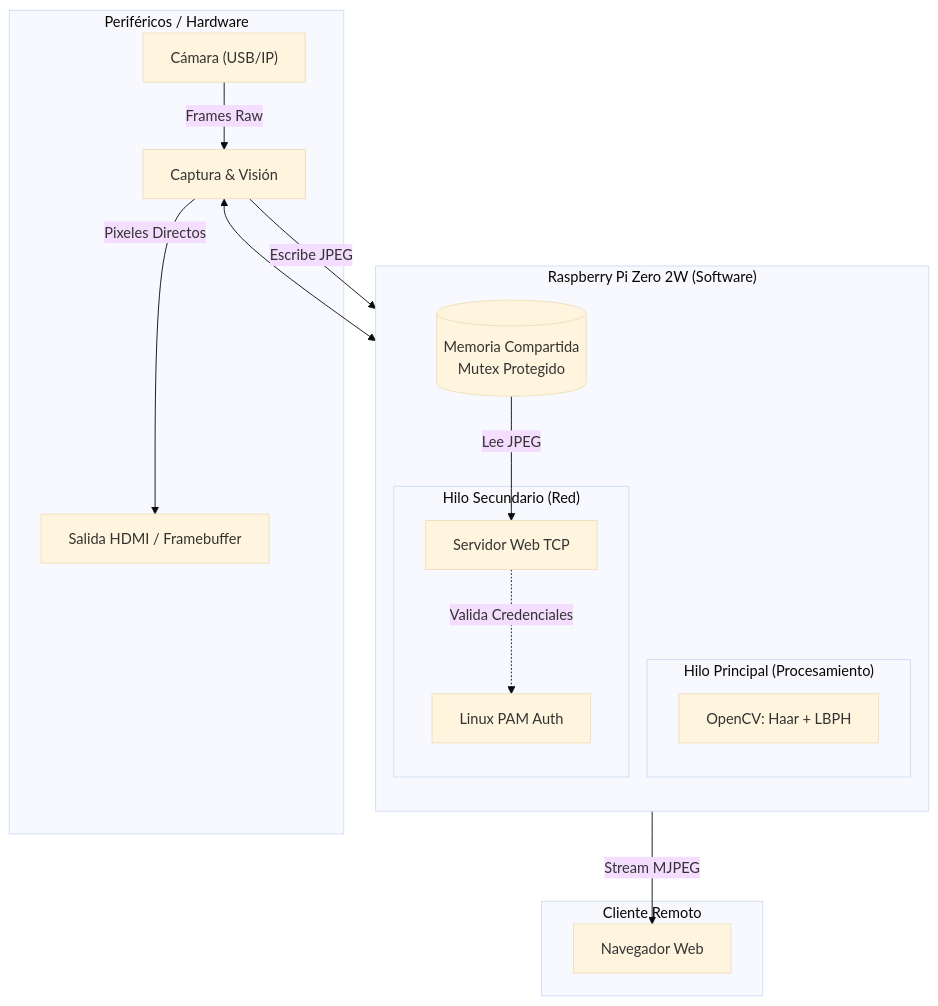
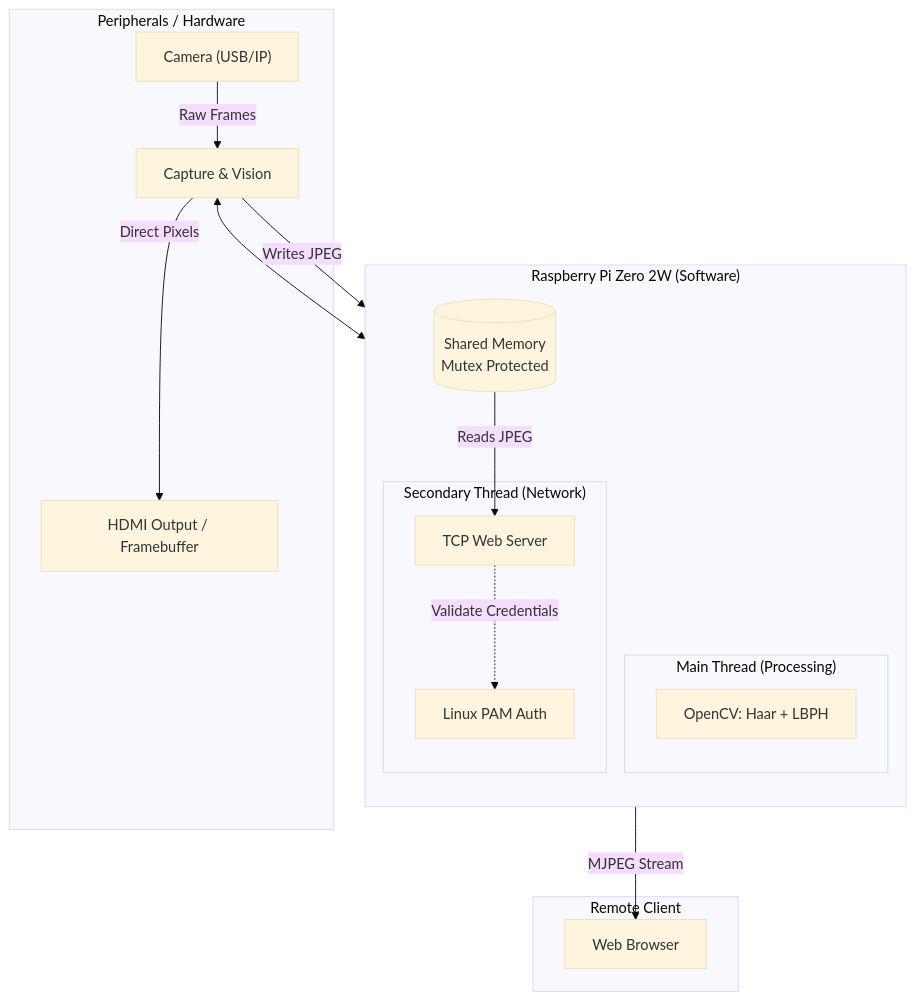
Before and after one commit to jomendietad/Face-Recognition: the first of 2 diagrams in README.md, drawn with Mermaid (base theme). The commit also changed other lines of this file, not shown here.

````diff
--- a/README.md
+++ b/README.md
@@ -25,33 +25,33 @@
 ```mermaid
 graph TD
-    subgraph "Periféricos / Hardware"
-        CAM["Cámara (USB/IP)"] -->|Frames Raw| MAIN_THREAD
-        MAIN_THREAD -->|Pixeles Directos| HDMI[Salida HDMI / Framebuffer]
+    subgraph "Peripherals / Hardware"
+        CAM["Camera (USB/IP)"] -->|Raw Frames| MAIN_THREAD
+        MAIN_THREAD -->|Direct Pixels| HDMI[HDMI Output / Framebuffer]
     end
 
     subgraph "Raspberry Pi Zero 2W (Software)"
         direction TB
         
-        subgraph "Hilo Principal (Procesamiento)"
-            MAIN_THREAD[Captura & Visión]
+        subgraph "Main Thread (Processing)"
+            MAIN_THREAD[Capture & Vision]
             OPENCV[OpenCV: Haar + LBPH]
             MAIN_THREAD <--> OPENCV
         end
 
-        MEMORIA[(Memoria Compartida<br>Mutex Protegido)]
+        MEMORIA[(Shared Memory<br>Mutex Protected)]
 
-        subgraph "Hilo Secundario (Red)"
-            WEB_SERVER[Servidor Web TCP]
+        subgraph "Secondary Thread (Network)"
+            WEB_SERVER[TCP Web Server]
             PAM[Linux PAM Auth]
-            WEB_SERVER -.->|Valida Credenciales| PAM
+            WEB_SERVER -.->|Validate Credentials| PAM
         end
     end
 
-    subgraph "Cliente Remoto"
-        BROWSER[Navegador Web]
+    subgraph "Remote Client"
+        BROWSER[Web Browser]
     end
 
-    MAIN_THREAD -->|Escribe JPEG| MEMORIA
-    MEMORIA -->|Lee JPEG| WEB_SERVER
-    WEB_SERVER -->|Stream MJPEG| BROWSER
+    MAIN_THREAD -->|Writes JPEG| MEMORIA
+    MEMORIA -->|Reads JPEG| WEB_SERVER
+    WEB_SERVER -->|MJPEG Stream| BROWSER
 ```
````
